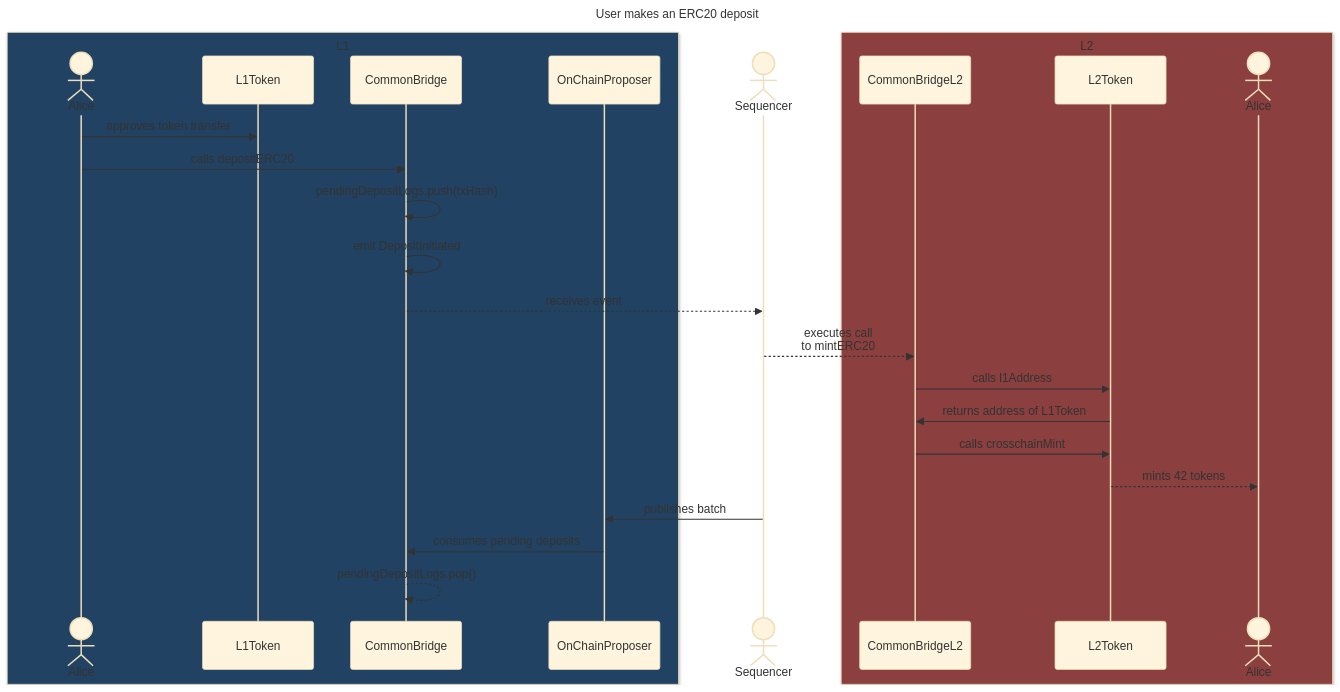
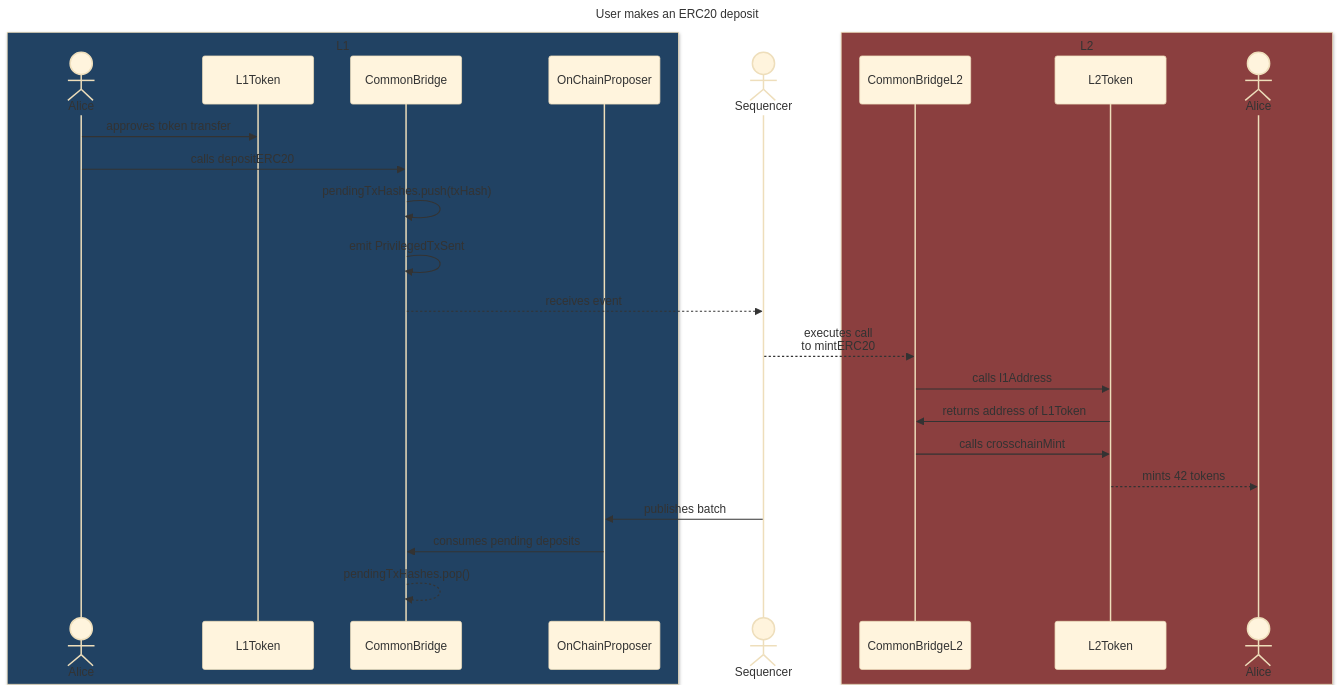
One commit to lambdaclass/ethrex changed the second of 3 diagrams in docs/l2/deposits.md. Above: the diagram before and after it, drawn with Mermaid (base theme). The commit also changed other lines of this file, not shown here.

````diff
--- a/docs/l2/deposits.md
+++ b/docs/l2/deposits.md
@@ -121,38 +118,38 @@
 ```mermaid
 ---
 title: User makes an ERC20 deposit
 ---
 sequenceDiagram
     box rgb(33,66,99) L1
         actor L1Alice as Alice
         participant L1Token
         participant CommonBridge
         participant OnChainProposer
     end
 
     actor Sequencer
 
     box rgb(139, 63, 63) L2
         participant CommonBridgeL2
         participant L2Token
         actor L2Alice as Alice
     end
 
     L1Alice->>L1Token: approves token transfer
     L1Alice->>CommonBridge: calls depositERC20
-    CommonBridge->>CommonBridge: pendingDepositLogs.push(txHash)
-    CommonBridge->>CommonBridge: emit DepositInitiated
+    CommonBridge->>CommonBridge: pendingTxHashes.push(txHash)
+    CommonBridge->>CommonBridge: emit PrivilegedTxSent
 
     CommonBridge-->>Sequencer: receives event
     Sequencer-->>CommonBridgeL2: executes call <br>to mintERC20
 
     CommonBridgeL2->>L2Token: calls l1Address
     L2Token->>CommonBridgeL2: returns address of L1Token
 
     CommonBridgeL2->>L2Token: calls crosschainMint
     L2Token-->>L2Alice: mints 42 tokens
 
     Sequencer->>OnChainProposer: publishes batch
     OnChainProposer->>CommonBridge: consumes pending deposits
-    CommonBridge-->>CommonBridge: pendingDepositLogs.pop()
+    CommonBridge-->>CommonBridge: pendingTxHashes.pop()
 ```
````
